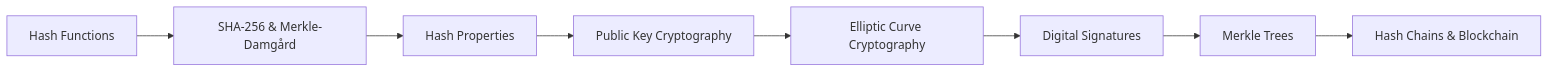
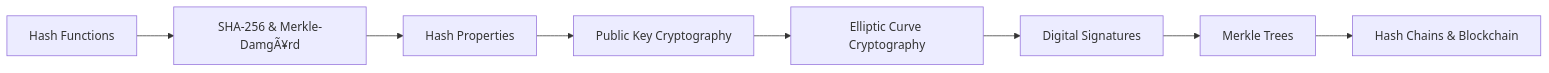
Before and after one commit to Raushan666java/ai-engineering-journey: the first of 8 diagrams in docs/courses/blockchain/02-cryptography.md, drawn with Mermaid. The commit also changed other lines of this file and 735 other files, not shown here.

````diff
--- a/docs/courses/blockchain/02-cryptography.md
+++ b/docs/courses/blockchain/02-cryptography.md
@@ -49,10 +49,10 @@
 ```mermaid
 flowchart LR
-    A[Hash Functions] --> B[SHA-256 & Merkle-Damgård]
+    A[Hash Functions] --> B[SHA-256 & Merkle-DamgÃ¥rd]
     B --> C[Hash Properties]
     C --> D[Public Key Cryptography]
     D --> E[Elliptic Curve Cryptography]
     E --> F[Digital Signatures]
     F --> G[Merkle Trees]
     G --> H[Hash Chains & Blockchain]
 ```
````
